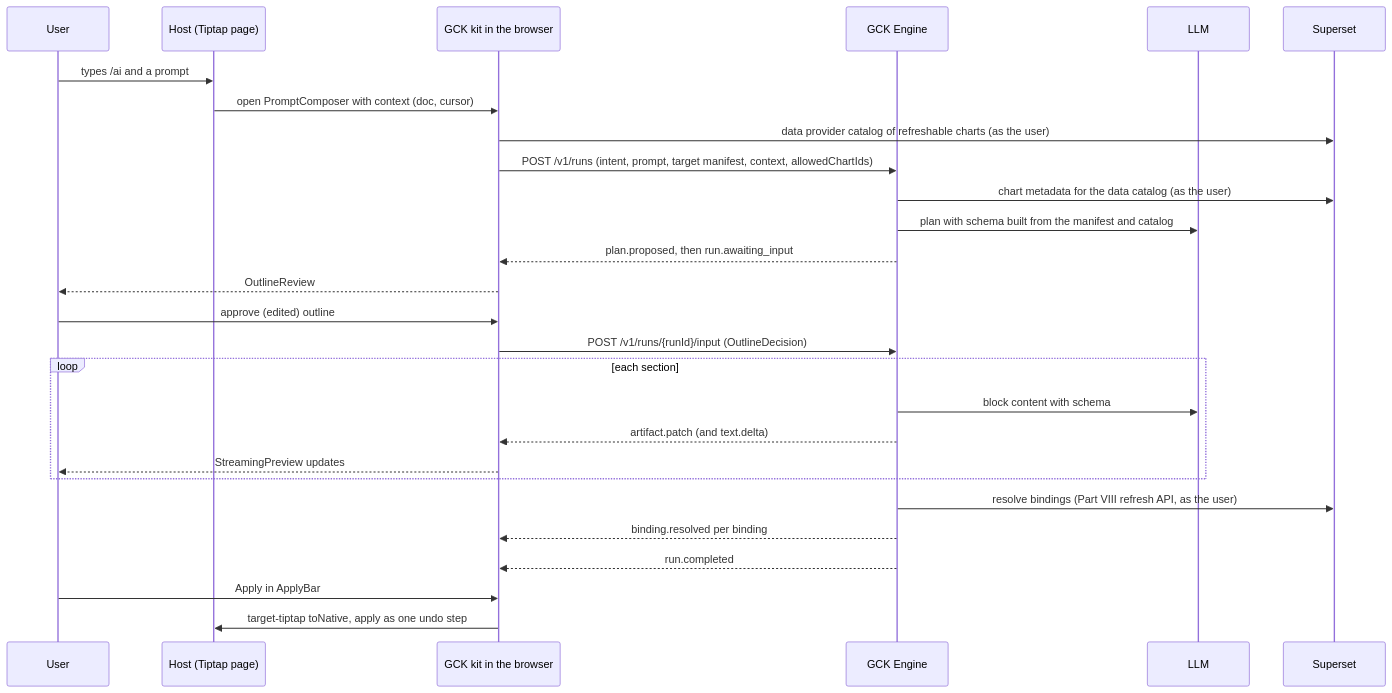
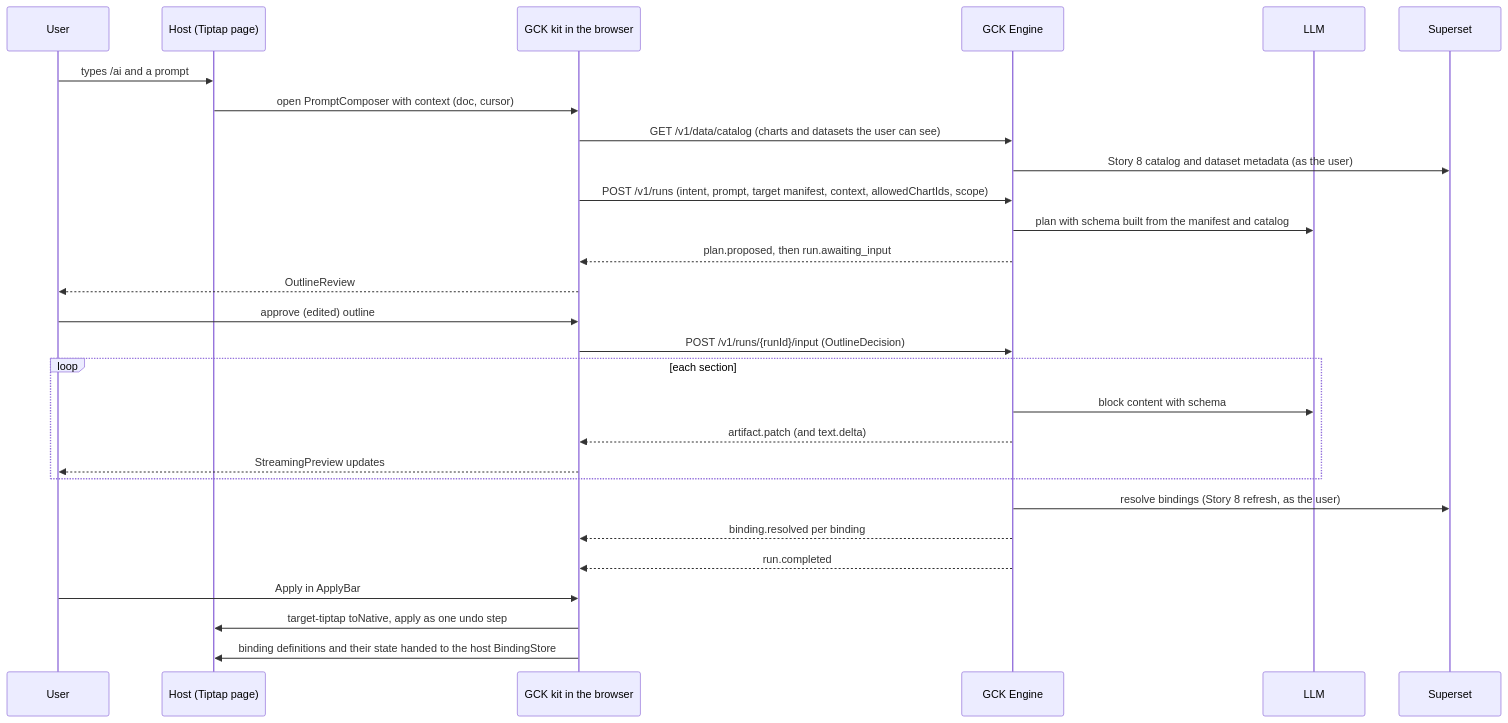
One commit to debnathSD/presenton-os changed the second of 3 diagrams in tutorial/content/ai-component/61-architecture.md. Above: the diagram before and after it, drawn with Mermaid. The commit also changed other lines of this file and 12 other files, not shown here.

First line of the commit message:
docs: make every GCK target use live Superset data

````diff
--- a/tutorial/content/ai-component/61-architecture.md
+++ b/tutorial/content/ai-component/61-architecture.md
@@ -80,29 +85,30 @@
 ```mermaid
 sequenceDiagram
     participant U as User
     participant H as Host (Tiptap page)
     participant K as GCK kit in the browser
     participant E as GCK Engine
     participant L as LLM
     participant S as Superset
     U->>H: types /ai and a prompt
     H->>K: open PromptComposer with context (doc, cursor)
-    K->>S: data provider catalog of refreshable charts (as the user)
-    K->>E: POST /v1/runs (intent, prompt, target manifest, context, allowedChartIds)
-    E->>S: chart metadata for the data catalog (as the user)
+    K->>E: GET /v1/data/catalog (charts and datasets the user can see)
+    E->>S: Story 8 catalog and dataset metadata (as the user)
+    K->>E: POST /v1/runs (intent, prompt, target manifest, context, allowedChartIds, scope)
     E->>L: plan with schema built from the manifest and catalog
     E-->>K: plan.proposed, then run.awaiting_input
     K-->>U: OutlineReview
     U->>K: approve (edited) outline
     K->>E: POST /v1/runs/{runId}/input (OutlineDecision)
     loop each section
         E->>L: block content with schema
         E-->>K: artifact.patch (and text.delta)
         K-->>U: StreamingPreview updates
     end
-    E->>S: resolve bindings (Part VIII refresh API, as the user)
+    E->>S: resolve bindings (Story 8 refresh, as the user)
     E-->>K: binding.resolved per binding
     E-->>K: run.completed
     U->>K: Apply in ApplyBar
     K->>H: target-tiptap toNative, apply as one undo step
+    K->>H: binding definitions and their state handed to the host BindingStore
 ```
````
